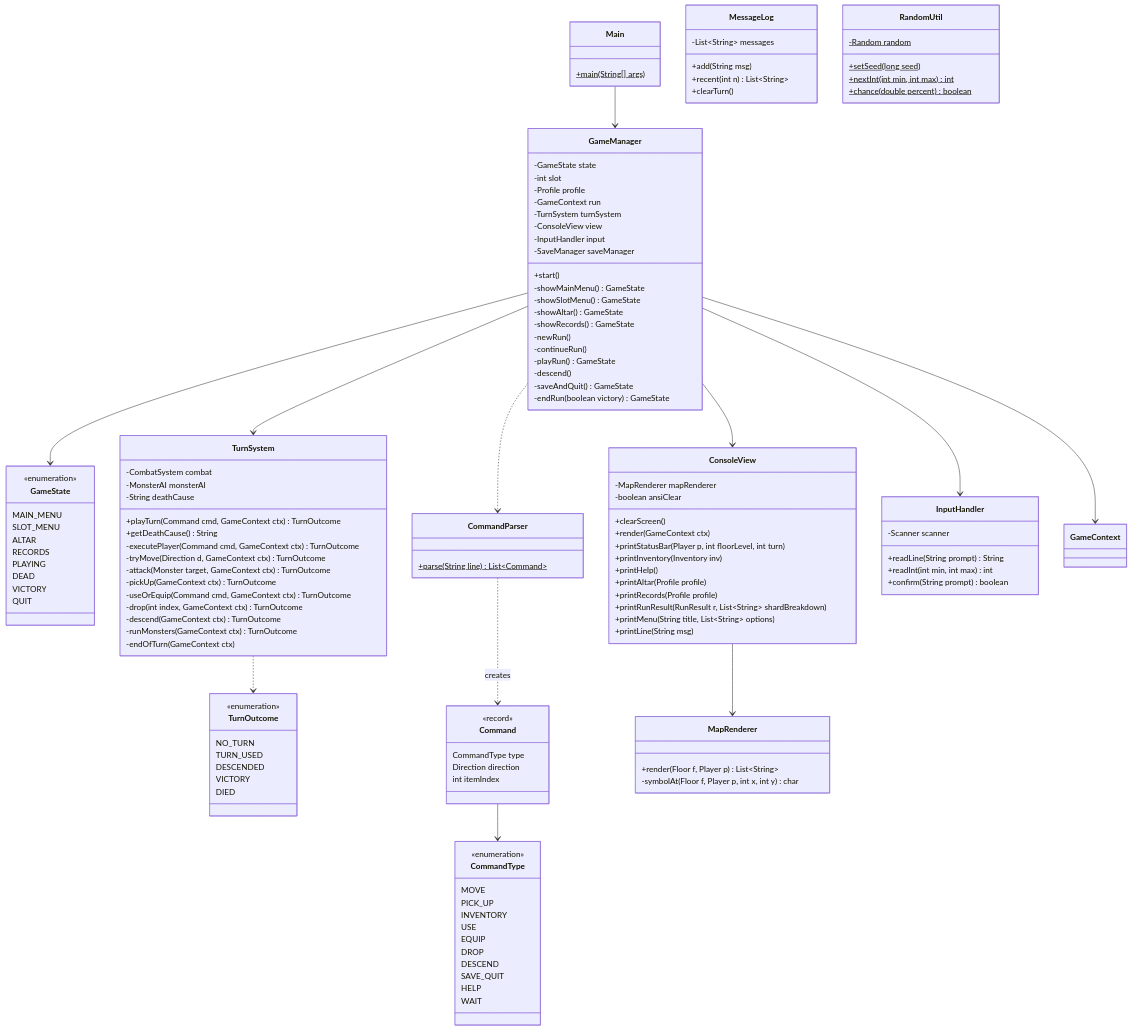
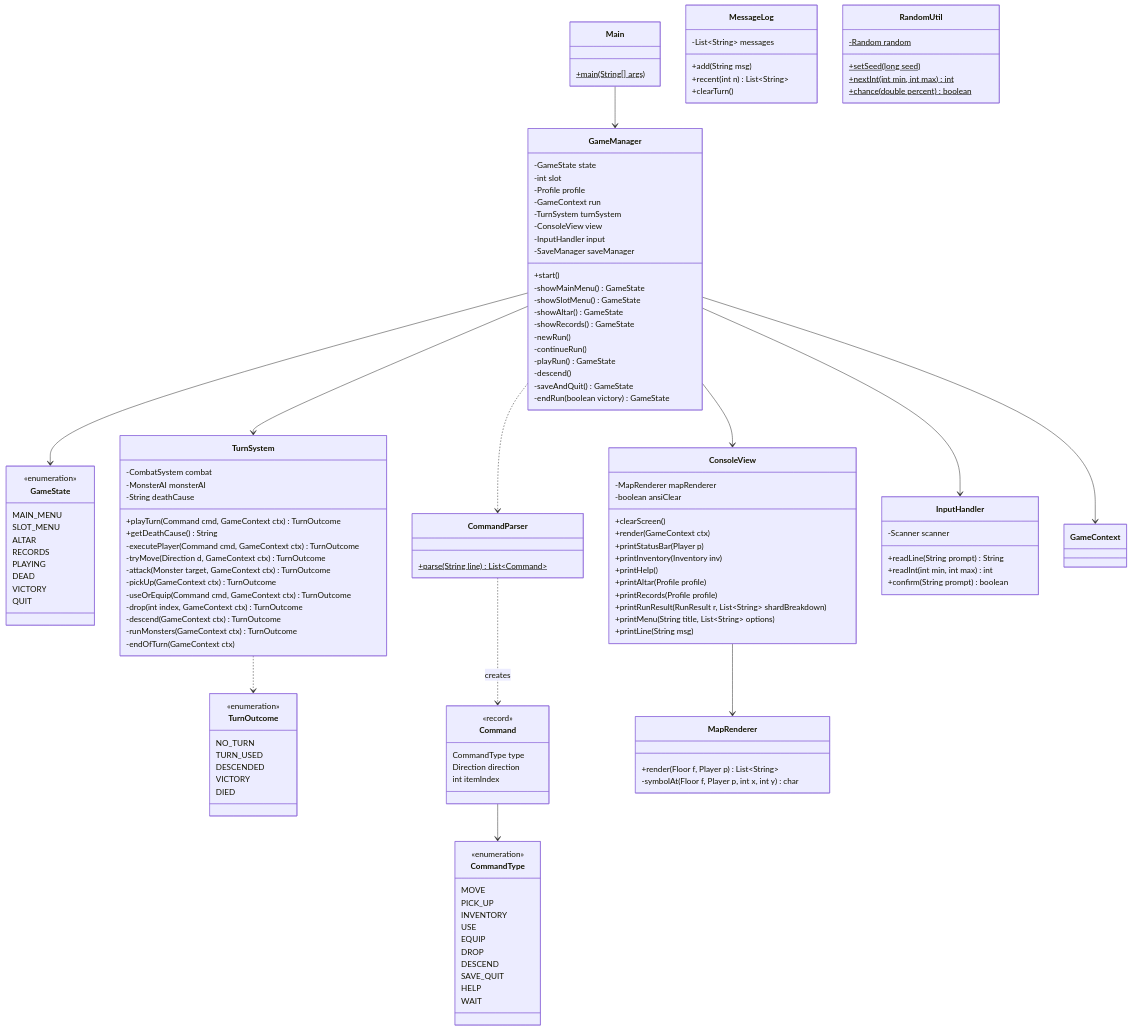
One commit to likelion-boot-camp-28th/side-project01-team01 changed the second of 9 diagrams in docs/Class-Diagram.md. Above: the diagram before and after it, drawn with Mermaid. The commit also changed 4 other files, not shown here.

```diff
--- a/docs/Class-Diagram.md
+++ b/docs/Class-Diagram.md
@@ -163,7 +163,7 @@
         -boolean ansiClear
         +clearScreen()
         +render(GameContext ctx)
-        +printStatusBar(Player p, int floorLevel, int turn)
+        +printStatusBar(Player p)
         +printInventory(Inventory inv)
         +printHelp()
         +printAltar(Profile profile)
```
